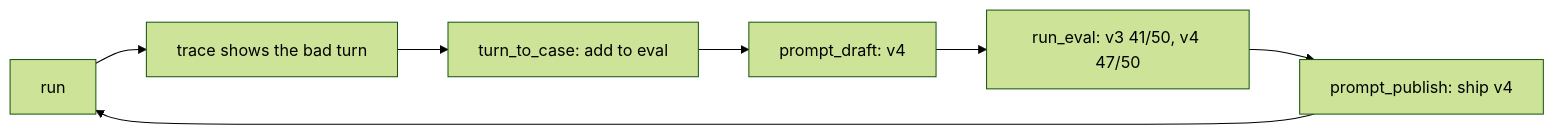
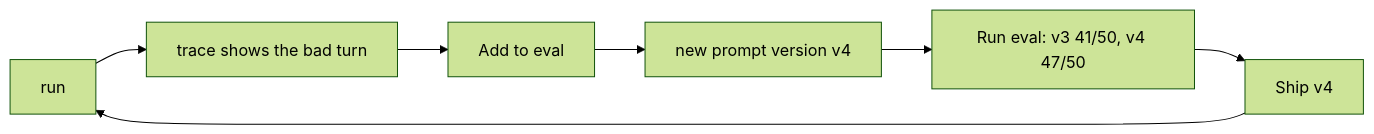
Before and after one commit to batman1m2001-cyber/Operonx: the second of 2 diagrams in docs/LEAN_PRODUCT_PLAN.md, drawn with Mermaid (forest theme). The commit also changed other lines of this file, not shown here.

````diff
--- a/docs/LEAN_PRODUCT_PLAN.md
+++ b/docs/LEAN_PRODUCT_PLAN.md
@@ -192,6 +206,6 @@
 ```mermaid
 flowchart LR
-  A[run] --> B[trace shows the bad turn] --> C[turn_to_case: add to eval]
-  C --> D[prompt_draft: v4] --> E[run_eval: v3 41/50, v4 47/50] --> F[prompt_publish: ship v4]
+  A[run] --> B[trace shows the bad turn] --> C[Add to eval]
+  C --> D[new prompt version v4] --> E[Run eval: v3 41/50, v4 47/50] --> F[Ship v4]
   F --> A
 ```
````
